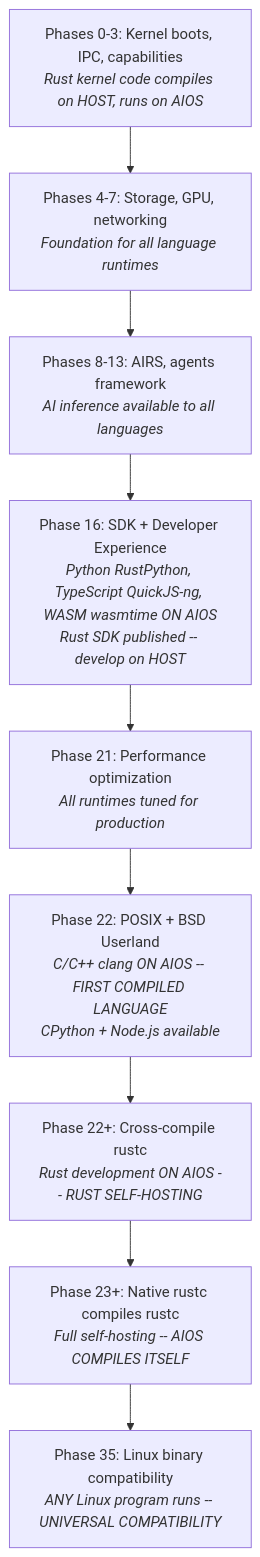
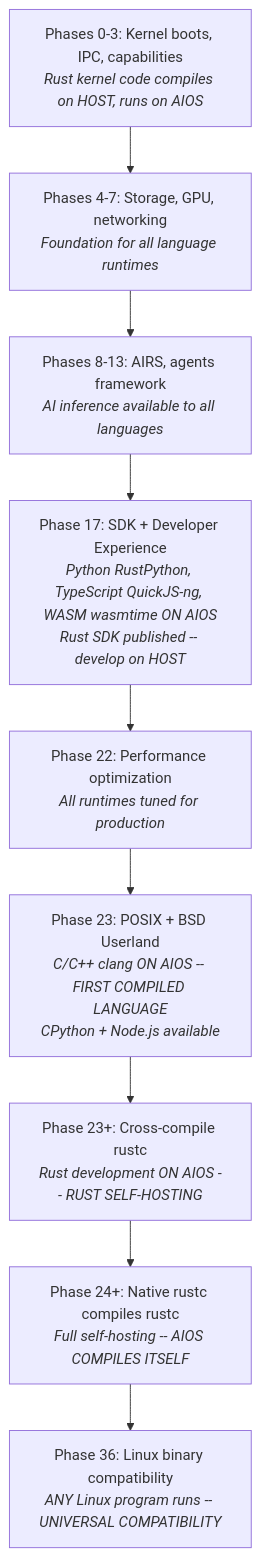
One commit to juslee/aios changed the diagram in docs/project/language-ecosystem/integration.md. Above: the diagram before and after it, drawn with Mermaid. The commit also changed other lines of this file and 135 other files, not shown here.

First line of the commit message:
Renumber Phase 5→6 through Phase 46→47 across architecture docs

````diff
--- a/docs/project/language-ecosystem/integration.md
+++ b/docs/project/language-ecosystem/integration.md
@@ -23,27 +23,27 @@
 ```mermaid
 flowchart TD
     P03["`Phases 0-3: Kernel boots, IPC, capabilities
 *Rust kernel code compiles on HOST, runs on AIOS*`"]
     P47["`Phases 4-7: Storage, GPU, networking
 *Foundation for all language runtimes*`"]
     P813["`Phases 8-13: AIRS, agents framework
 *AI inference available to all languages*`"]
-    P16["`Phase 16: SDK + Developer Experience
+    P16["`Phase 17: SDK + Developer Experience
 *Python RustPython, TypeScript QuickJS-ng, WASM wasmtime ON AIOS
 Rust SDK published -- develop on HOST*`"]
-    P21["`Phase 21: Performance optimization
+    P21["`Phase 22: Performance optimization
 *All runtimes tuned for production*`"]
-    P22["`Phase 22: POSIX + BSD Userland
+    P22["`Phase 23: POSIX + BSD Userland
 *C/C++ clang ON AIOS -- FIRST COMPILED LANGUAGE
 CPython + Node.js available*`"]
-    P22P["`Phase 22+: Cross-compile rustc
+    P22P["`Phase 23+: Cross-compile rustc
 *Rust development ON AIOS -- RUST SELF-HOSTING*`"]
-    P23P["`Phase 23+: Native rustc compiles rustc
+    P23P["`Phase 24+: Native rustc compiles rustc
 *Full self-hosting -- AIOS COMPILES ITSELF*`"]
-    P35["`Phase 35: Linux binary compatibility
+    P35["`Phase 36: Linux binary compatibility
 *ANY Linux program runs -- UNIVERSAL COMPATIBILITY*`"]
 
     P03 --> P47 --> P813 --> P16
     P16 --> P21 --> P22 --> P22P --> P23P
     P23P --> P35
 ```
````
